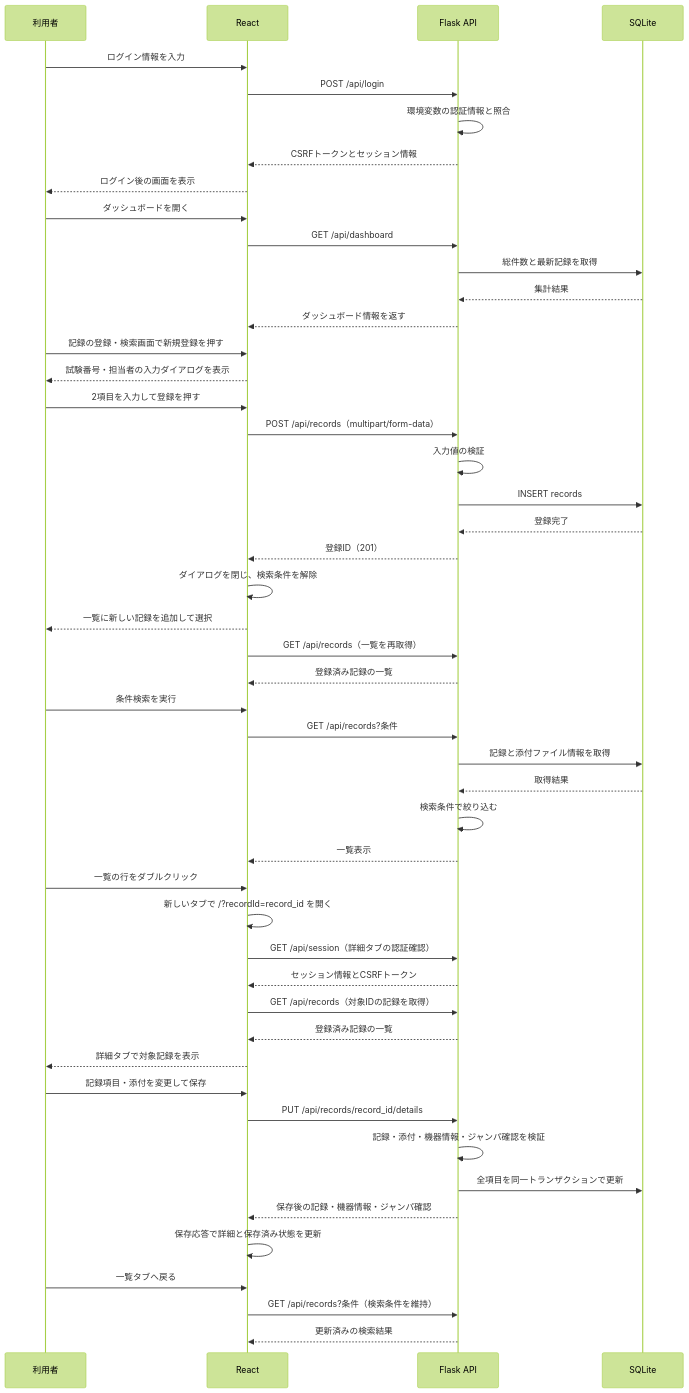
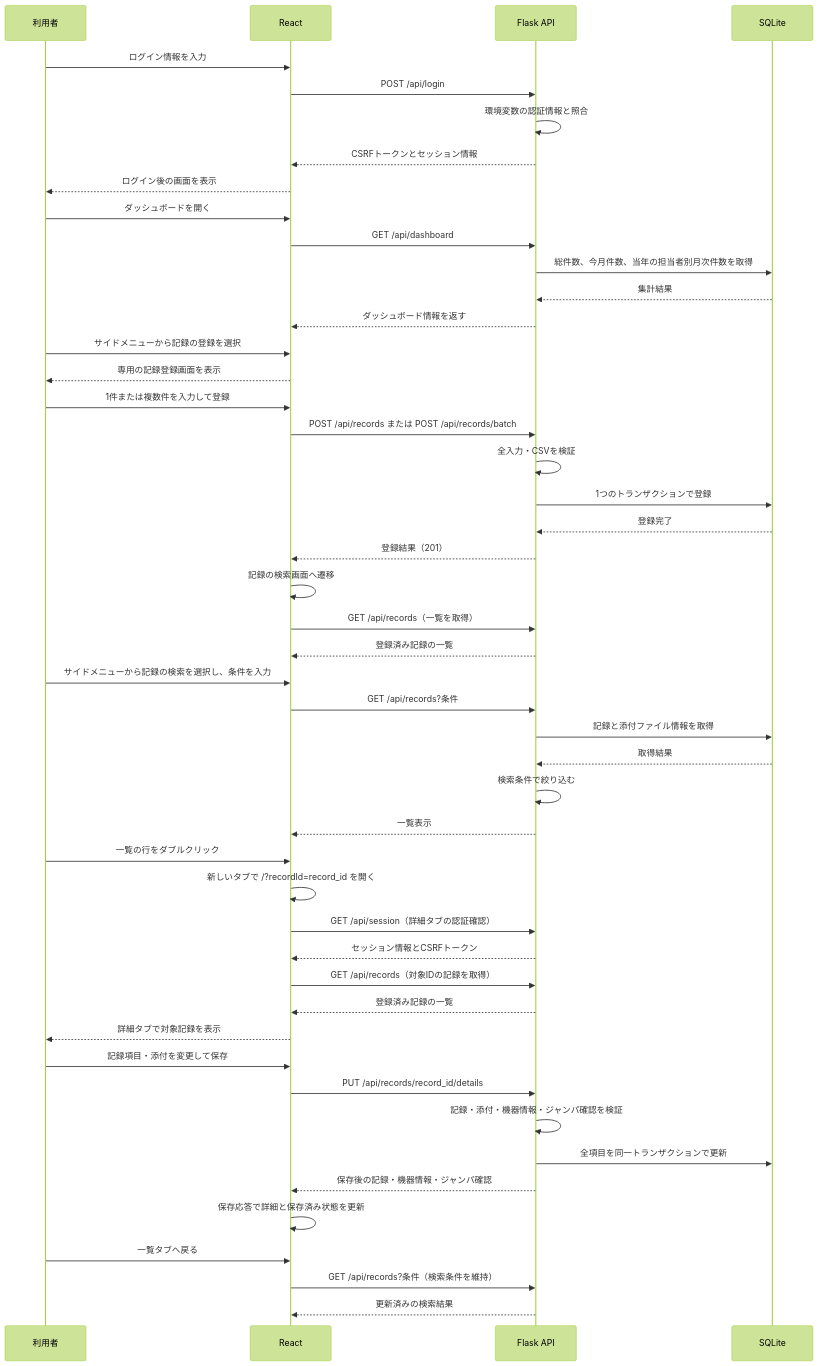
Before and after one commit to osamu3yamazaki0801-collab/TestRecordSystem: the second of 3 diagrams in docs/設計書.md, drawn with Mermaid (forest theme). The commit also changed other lines of this file and 2 other files, not shown here.

````diff
--- a/docs/設計書.md
+++ b/docs/設計書.md
@@ -169,56 +169,55 @@
 ```mermaid
 sequenceDiagram
     participant User as 利用者
     participant React as React
     participant Flask as Flask API
     participant SQLite as SQLite
 
     User->>React: ログイン情報を入力
     React->>Flask: POST /api/login
     Flask->>Flask: 環境変数の認証情報と照合
     Flask-->>React: CSRFトークンとセッション情報
     React-->>User: ログイン後の画面を表示
 
     User->>React: ダッシュボードを開く
     React->>Flask: GET /api/dashboard
-    Flask->>SQLite: 総件数と最新記録を取得
+    Flask->>SQLite: 総件数、今月件数、当年の担当者別月次件数を取得
     SQLite-->>Flask: 集計結果
     Flask-->>React: ダッシュボード情報を返す
 
-    User->>React: 記録の登録・検索画面で新規登録を押す
-    React-->>User: 試験番号・担当者の入力ダイアログを表示
-    User->>React: 2項目を入力して登録を押す
-    React->>Flask: POST /api/records（multipart/form-data）
-    Flask->>Flask: 入力値の検証
-    Flask->>SQLite: INSERT records
+    User->>React: サイドメニューから記録の登録を選択
+    React-->>User: 専用の記録登録画面を表示
+    User->>React: 1件または複数件を入力して登録
+    React->>Flask: POST /api/records または POST /api/records/batch
+    Flask->>Flask: 全入力・CSVを検証
+    Flask->>SQLite: 1つのトランザクションで登録
     SQLite-->>Flask: 登録完了
-    Flask-->>React: 登録ID（201）
-    React->>React: ダイアログを閉じ、検索条件を解除
-    React-->>User: 一覧に新しい記録を追加して選択
-    React->>Flask: GET /api/records（一覧を再取得）
+    Flask-->>React: 登録結果（201）
+    React->>React: 記録の検索画面へ遷移
+    React->>Flask: GET /api/records（一覧を取得）
     Flask-->>React: 登録済み記録の一覧
 
-    User->>React: 条件検索を実行
+    User->>React: サイドメニューから記録の検索を選択し、条件を入力
     React->>Flask: GET /api/records?条件
     Flask->>SQLite: 記録と添付ファイル情報を取得
     SQLite-->>Flask: 取得結果
     Flask->>Flask: 検索条件で絞り込む
     Flask-->>React: 一覧表示
 
     User->>React: 一覧の行をダブルクリック
     React->>React: 新しいタブで /?recordId=record_id を開く
     React->>Flask: GET /api/session（詳細タブの認証確認）
     Flask-->>React: セッション情報とCSRFトークン
     React->>Flask: GET /api/records（対象IDの記録を取得）
     Flask-->>React: 登録済み記録の一覧
     React-->>User: 詳細タブで対象記録を表示
     User->>React: 記録項目・添付を変更して保存
     React->>Flask: PUT /api/records/record_id/details
     Flask->>Flask: 記録・添付・機器情報・ジャンパ確認を検証
     Flask->>SQLite: 全項目を同一トランザクションで更新
     Flask-->>React: 保存後の記録・機器情報・ジャンパ確認
     React->>React: 保存応答で詳細と保存済み状態を更新
     User->>React: 一覧タブへ戻る
     React->>Flask: GET /api/records?条件（検索条件を維持）
     Flask-->>React: 更新済みの検索結果
 ```
````
